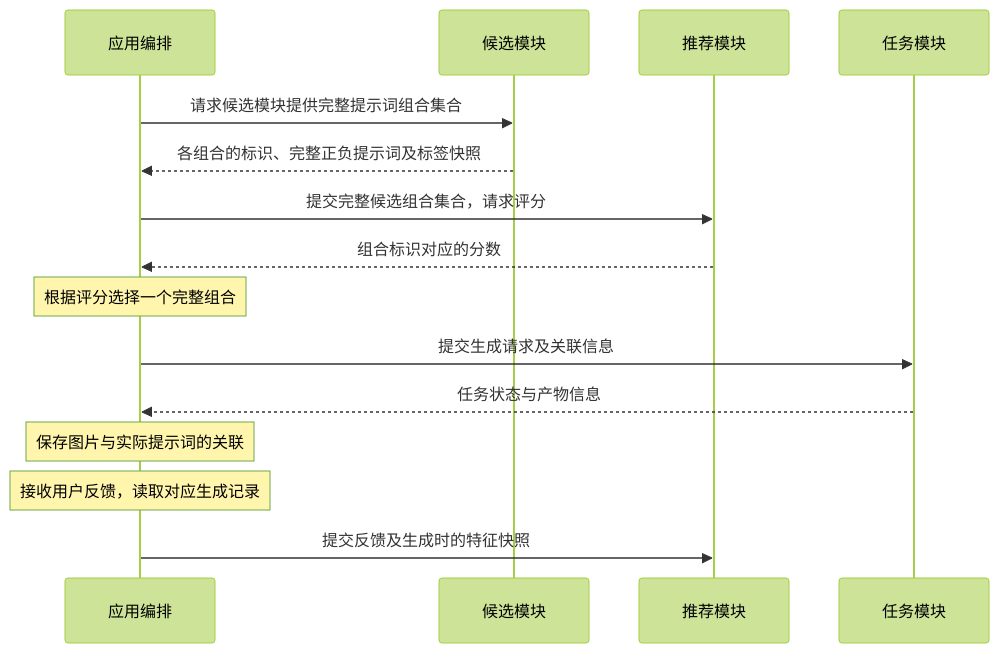
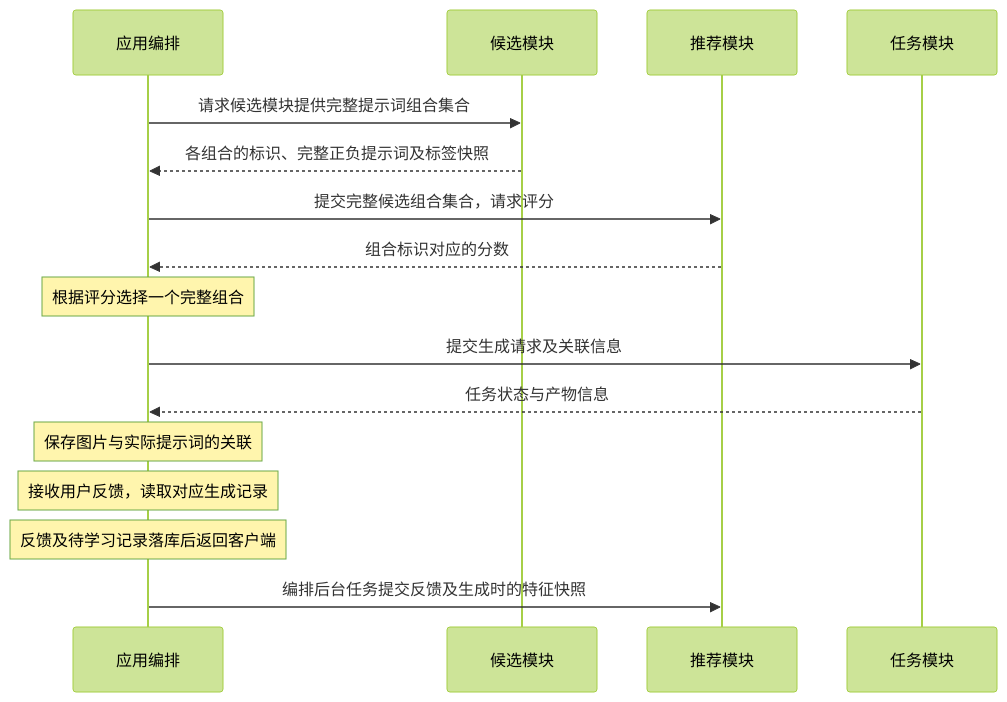
The second of 4 diagrams in docs/architecture.md (Lykr/pictide), drawn with Mermaid (forest theme) before and after one commit. The commit also changed 6 other files, not shown here.

````diff
--- a/docs/architecture.md
+++ b/docs/architecture.md
@@ -36,17 +36,18 @@
 ```mermaid
 sequenceDiagram
     participant App as 应用编排
     participant Rules as 候选模块
     participant Rec as 推荐模块
     participant Jobs as 任务模块
     App->>Rules: 请求候选模块提供完整提示词组合集合
     Rules-->>App: 各组合的标识、完整正负提示词及标签快照
     App->>Rec: 提交完整候选组合集合，请求评分
     Rec-->>App: 组合标识对应的分数
     Note over App: 根据评分选择一个完整组合
     App->>Jobs: 提交生成请求及关联信息
     Jobs-->>App: 任务状态与产物信息
     Note over App: 保存图片与实际提示词的关联
     Note over App: 接收用户反馈，读取对应生成记录
-    App->>Rec: 提交反馈及生成时的特征快照
+    Note over App: 反馈及待学习记录落库后返回客户端
+    App->>Rec: 编排后台任务提交反馈及生成时的特征快照
 ```
````
